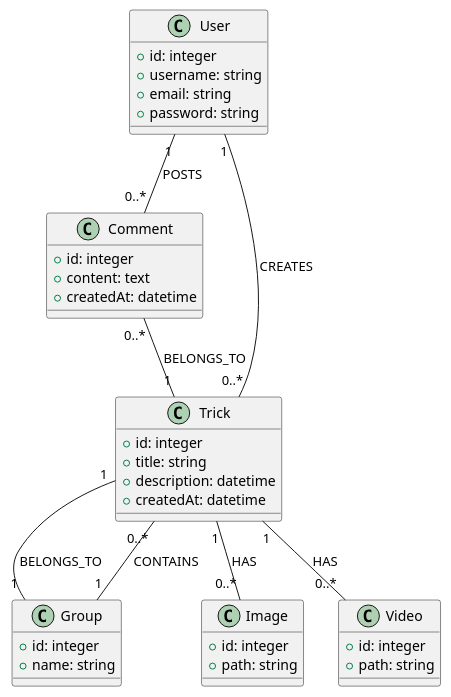
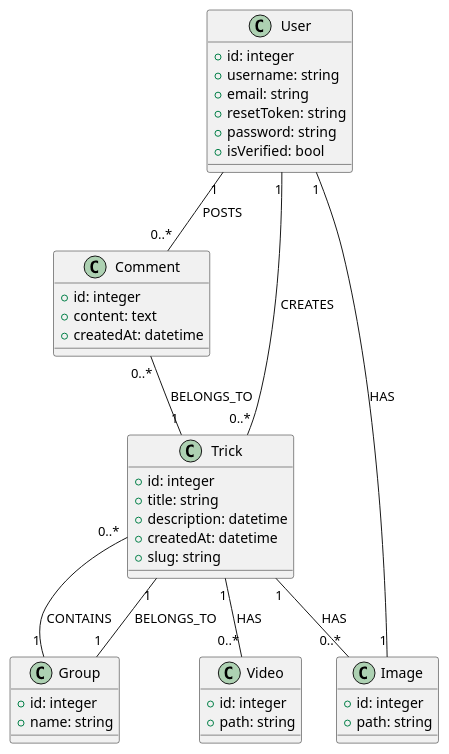
One commit to tomcdj71-openclassrooms/Snowtricks changed the diagram in .diagrams/sources/Classes.puml. Above: the diagram before and after it, drawn with PlantUML. The commit also changed 13 other files, not shown here.

```diff
--- a/.diagrams/sources/Classes.puml
+++ b/.diagrams/sources/Classes.puml
@@ -1,42 +1,46 @@
 @startuml Class
 class User {
         + id: integer
         + username: string
         + email: string
+        + resetToken: string
         + password: string
+        + isVerified: bool
     }
     class Comment {
         + id: integer
         + content: text
         + createdAt: datetime
     }
 
     class Trick {
         + id: integer
         + title: string
         + description: datetime
         + createdAt: datetime
+        + slug: string
     }   
 
     class Group {
         + id: integer
         + name: string
     }
 
     class Image {
         + id: integer
         + path: string
     }
 
     class Video {
         + id: integer
         + path: string
     }
     User "1" -- "0..*" Comment: POSTS
     User "1" -- "0..*" Trick: CREATES
     Comment "0..*" -- "1" Trick: BELONGS_TO
     Trick "1" -- "0..*" Image: HAS
     Trick "1" -- "0..*" Video: HAS
     Trick "1" -- "1" Group: BELONGS_TO
     Group "1" -- "0..*" Trick: CONTAINS
+    User "1" -- "1" Image: HAS
 @enduml
```
